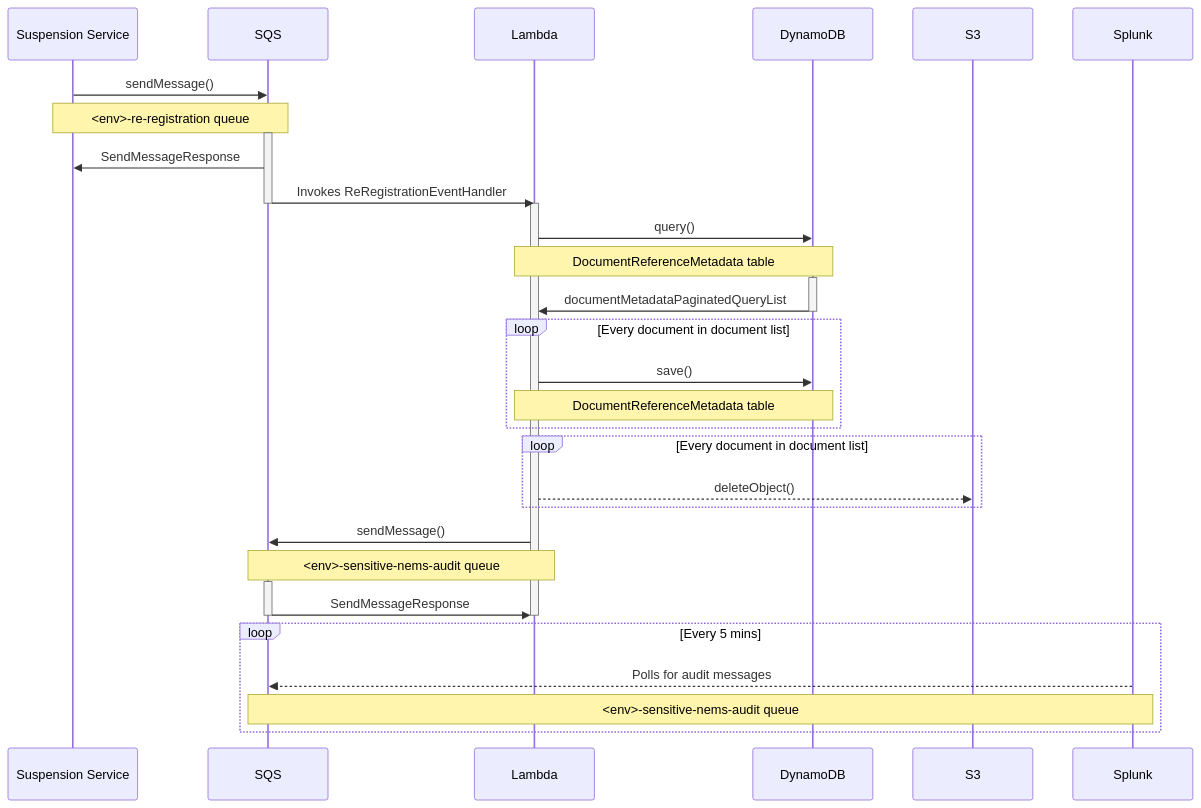
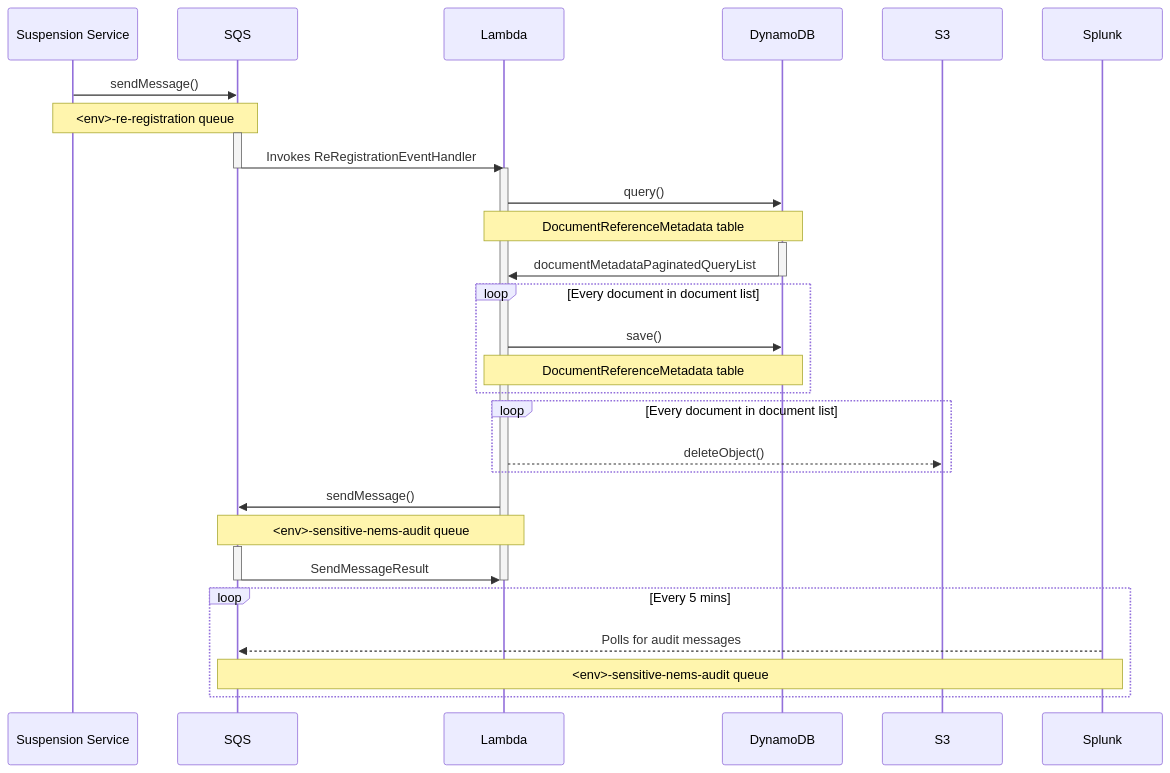
One commit to nhsconnect/document-store-prototype changed the diagram in docs/diagrams/sequence/re-registration.md. Above: the diagram before and after it, drawn with Mermaid. The commit also changed other lines of this file and 4 other files, not shown here.

Commit message:
[PRMT-3138] Format Mermaid code

````diff
--- a/docs/diagrams/sequence/re-registration.md
+++ b/docs/diagrams/sequence/re-registration.md
@@ -11,32 +13,31 @@
 ```mermaid
 sequenceDiagram
-    Suspension Service ->>SQS: sendMessage()
+    Suspension Service ->> SQS: sendMessage()
     Note over Suspension Service, SQS: <env>-re-registration queue
     activate SQS
-        SQS->>Suspension Service: SendMessageResponse
-        SQS->>Lambda: Invokes ReRegistrationEventHandler
+    SQS ->> Lambda: Invokes ReRegistrationEventHandler
     deactivate SQS
     activate Lambda
-        Lambda->>DynamoDB: query()
+    Lambda ->> DynamoDB: query()
+    Note over Lambda, DynamoDB: DocumentReferenceMetadata table
+    activate DynamoDB
+    DynamoDB ->> Lambda: documentMetadataPaginatedQueryList
+    deactivate DynamoDB
+    loop Every document in document list
+        Lambda ->> DynamoDB: save()
         Note over Lambda, DynamoDB: DocumentReferenceMetadata table
-        activate DynamoDB
-            DynamoDB->>Lambda: documentMetadataPaginatedQueryList
-        deactivate DynamoDB
-        loop Every document in document list
-            Lambda->>DynamoDB: save()
-            Note over Lambda, DynamoDB: DocumentReferenceMetadata table
-        end
-        loop Every document in document list
-            Lambda-->>S3: deleteObject()
-        end
-        Lambda->>SQS: sendMessage()
-        Note over Lambda, SQS: <env>-sensitive-nems-audit queue
-        activate SQS
-            SQS->>Lambda: SendMessageResponse
-        deactivate SQS
+    end
+    loop Every document in document list
+        Lambda -->> S3: deleteObject()
+    end
+    Lambda ->> SQS: sendMessage()
+    Note over Lambda, SQS: <env>-sensitive-nems-audit queue
+    activate SQS
+    SQS ->> Lambda: SendMessageResult
+    deactivate SQS
     deactivate Lambda
     loop Every 5 mins
-        Splunk-->>SQS: Polls for audit messages
+        Splunk -->> SQS: Polls for audit messages
         Note over Splunk, SQS: <env>-sensitive-nems-audit queue
     end
 ```
````
